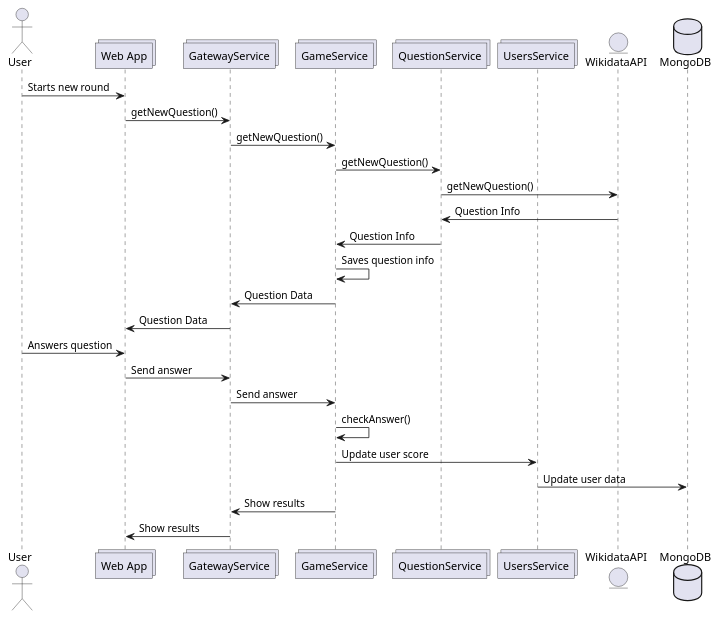
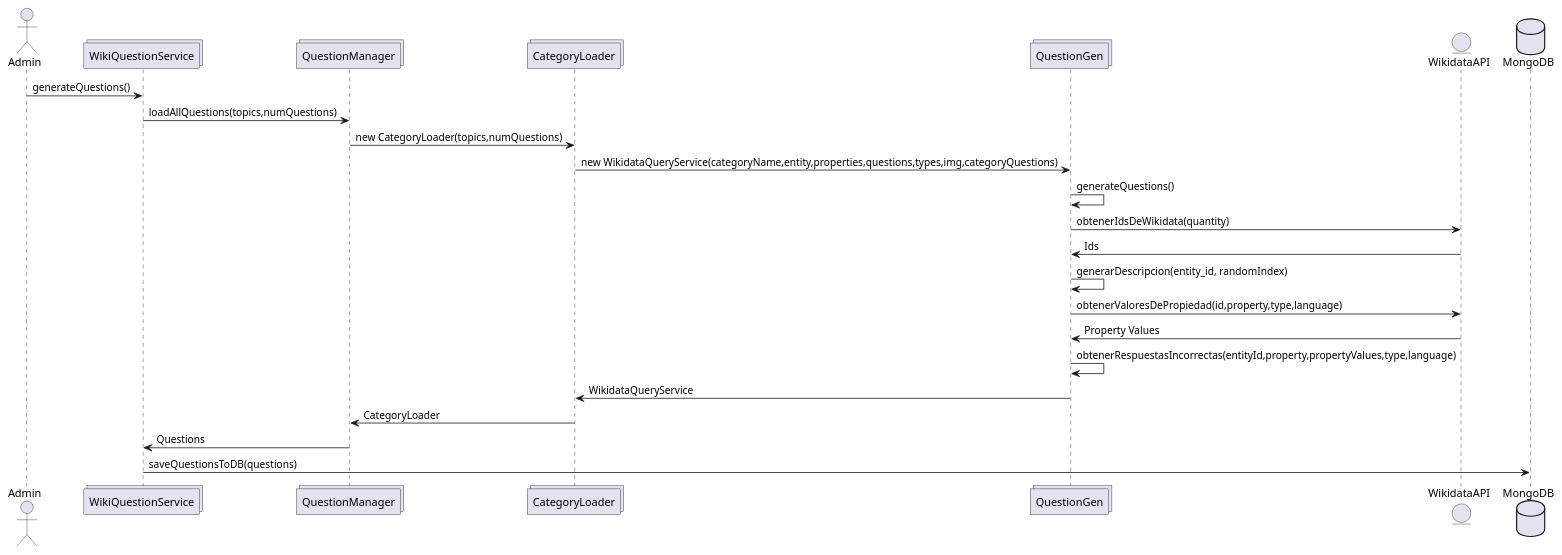
Before and after one commit to Arquisoft/wichat_es3b: the third of 5 diagrams in docs/src/06_runtime_view.adoc, drawn with PlantUML. The commit also changed other lines of this file and 14 other files, not shown here.

```diff
--- a/docs/src/06_runtime_view.adoc
+++ b/docs/src/06_runtime_view.adoc
@@ -87,30 +87,26 @@
 [plantuml,"New question",svg]
 ----
-actor User
-collections WA as "Web App"
-collections GW as "GatewayService"
-collections GMS as "GameService"
-collections QUS as "QuestionService"
-collections USERS as "UsersService"
+actor Admin
+collections QUS as "WikiQuestionService"
+collections QM as "QuestionManager"
+collections CL as "CategoryLoader"
+collections QG as "QuestionGen"
 entity WD as "WikidataAPI"
 database DB as "MongoDB"
 
-User -> WA: Starts new round
-WA -> GW: getNewQuestion()
-GW -> GMS: getNewQuestion()
-GMS -> QUS: getNewQuestion()
-QUS -> WD: getNewQuestion()
-WD -> QUS: Question Info
-QUS -> GMS: Question Info
-GMS -> GMS: Saves question info
-GMS -> GW: Question Data
-GW -> WA: Question Data
-User -> WA: Answers question
-WA -> GW: Send answer
-GW -> GMS: Send answer
-GMS -> GMS: checkAnswer()
-GMS -> USERS: Update user score
-USERS -> DB: Update user data
-GMS -> GW: Show results
-GW -> WA: Show results
+Admin -> QUS: generateQuestions()
+QUS -> QM: loadAllQuestions(topics,numQuestions)
+QM -> CL: new CategoryLoader(topics,numQuestions)
+CL -> QG: new WikidataQueryService(categoryName,entity,properties,questions,types,img,categoryQuestions)
+QG -> QG: generateQuestions()
+QG -> WD: obtenerIdsDeWikidata(quantity)
+WD -> QG: Ids
+QG -> QG: generarDescripcion(entity_id, randomIndex)
+QG -> WD: obtenerValoresDePropiedad(id,property,type,language)
+WD -> QG: Property Values
+QG -> QG: obtenerRespuestasIncorrectas(entityId,property,propertyValues,type,language)
+QG -> CL: WikidataQueryService
+CL -> QM: CategoryLoader
+QM -> QUS: Questions
+QUS -> DB: saveQuestionsToDB(questions)
 ----
```
